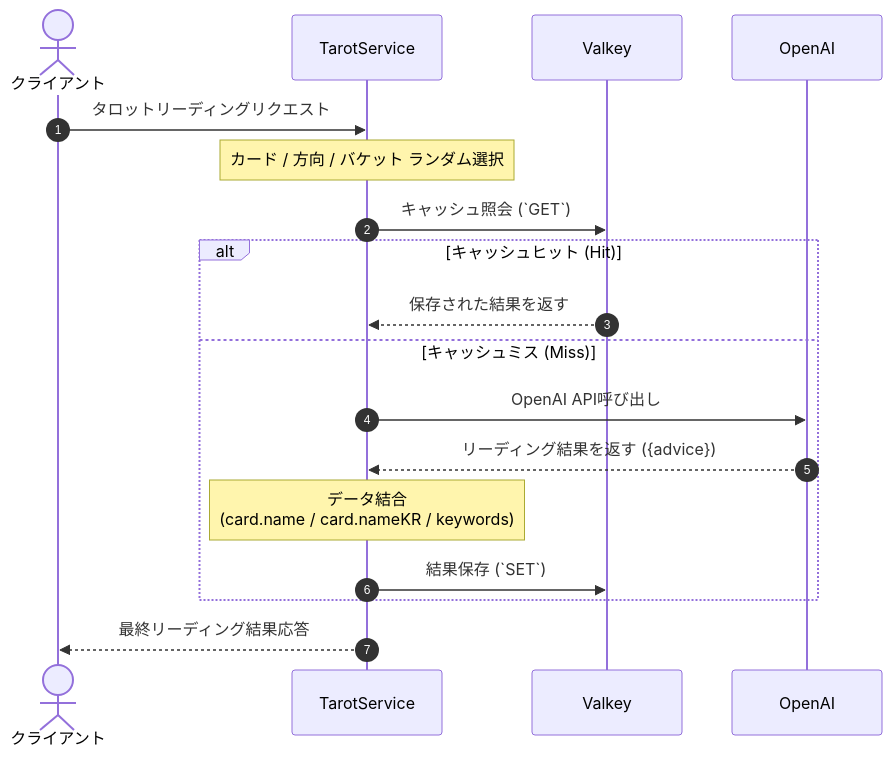
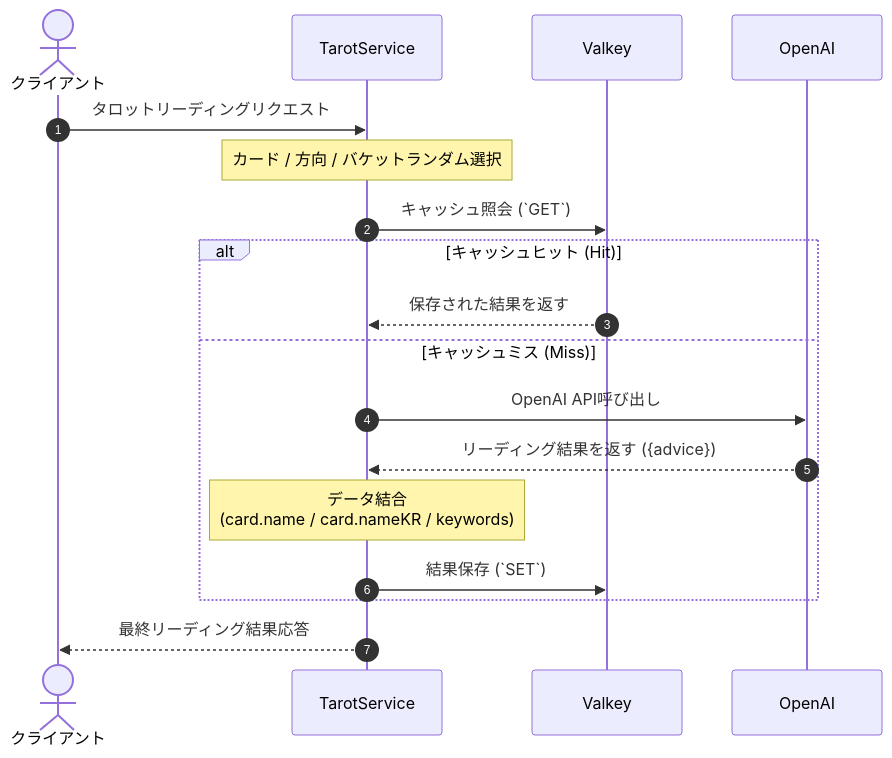
One commit to mandacode-labs/mandacode-devs changed the second of 3 diagrams in src/content/blog/tarot-deep-dive/ja.md. Above: the diagram before and after it, drawn with Mermaid. The commit also changed other lines of this file and 28 other files, not shown here.

````diff
--- a/src/content/blog/tarot-deep-dive/ja.md
+++ b/src/content/blog/tarot-deep-dive/ja.md
@@ -65,26 +58,25 @@
 ```mermaid
 sequenceDiagram
     autonumber
 
     actor Client as クライアント
     participant Service as TarotService
     participant Cache as Valkey
     participant AI as OpenAI
 
     Client->>Service: タロットリーディングリクエスト
-    Note over Service: カード / 方向 / バケット ランダム選択
+    Note over Service: カード / 方向 / バケットランダム選択
 
     Service->>Cache: キャッシュ照会 (`GET`)
 
     alt キャッシュヒット (Hit)
         Cache-->>Service: 保存された結果を返す
     else キャッシュミス (Miss)
         Service->>AI: OpenAI API呼び出し
         AI-->>Service: リーディング結果を返す ({advice})
         Note over Service: データ結合<br/>(card.name / card.nameKR / keywords)
         Service->>Cache: 結果保存 (`SET`)
     end
 
     Service-->>Client: 最終リーディング結果応答
-
 ```
````
